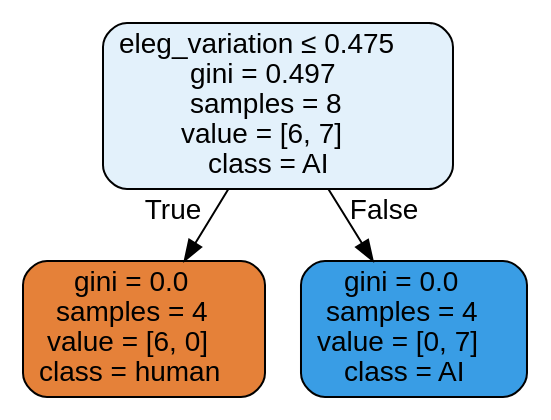
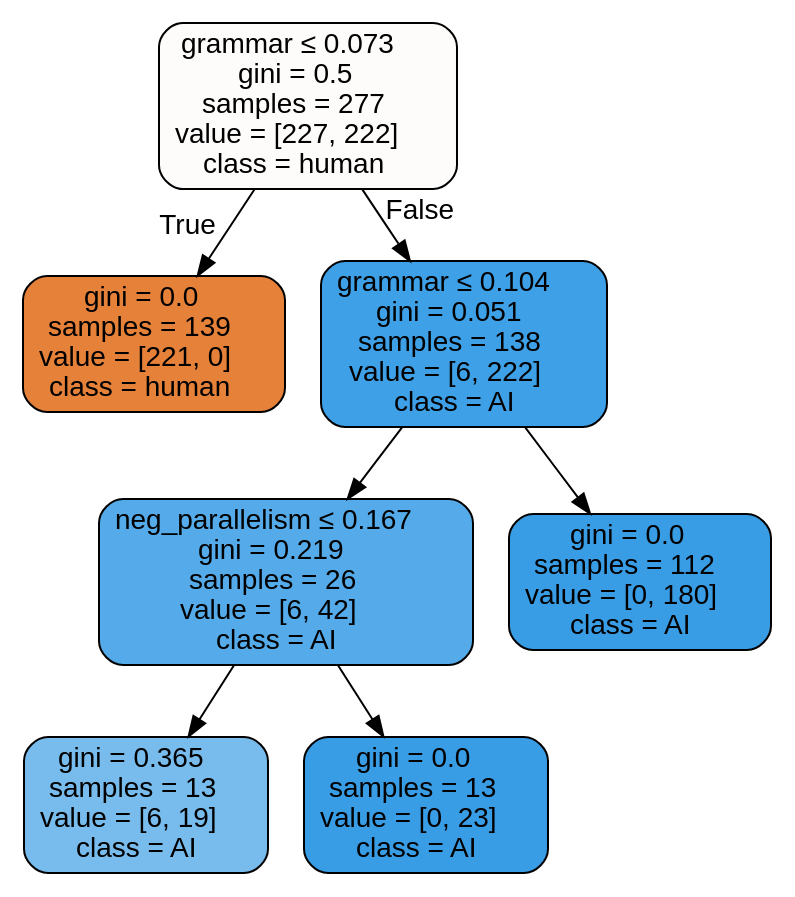
Before and after one commit to Paulpoomrit/LING450_TermProject: the diagram in results/template/yame_wout_template.dot, drawn with Graphviz. The commit also changed 41 other files, not shown here.

```diff
--- a/results/template/yame_wout_template.dot
+++ b/results/template/yame_wout_template.dot
@@ -1,9 +1,17 @@
 digraph Tree {
 node [shape=box, style="filled, rounded", color="black", fontname="helvetica"] ;
 edge [fontname="helvetica"] ;
-0 [label=<eleg_variation &le; 0.475<br/>gini = 0.497<br/>samples = 8<br/>value = [6, 7]<br/>class = AI>, fillcolor="#e3f1fb"] ;
-1 [label=<gini = 0.0<br/>samples = 4<br/>value = [6, 0]<br/>class = human>, fillcolor="#e58139"] ;
+0 [label=<grammar &le; 0.073<br/>gini = 0.5<br/>samples = 277<br/>value = [227, 222]<br/>class = human>, fillcolor="#fefcfb"] ;
+1 [label=<gini = 0.0<br/>samples = 139<br/>value = [221, 0]<br/>class = human>, fillcolor="#e58139"] ;
 0 -> 1 [labeldistance=2.5, labelangle=45, headlabel="True"] ;
-2 [label=<gini = 0.0<br/>samples = 4<br/>value = [0, 7]<br/>class = AI>, fillcolor="#399de5"] ;
+2 [label=<grammar &le; 0.104<br/>gini = 0.051<br/>samples = 138<br/>value = [6, 222]<br/>class = AI>, fillcolor="#3ea0e6"] ;
 0 -> 2 [labeldistance=2.5, labelangle=-45, headlabel="False"] ;
+3 [label=<neg_parallelism &le; 0.167<br/>gini = 0.219<br/>samples = 26<br/>value = [6, 42]<br/>class = AI>, fillcolor="#55abe9"] ;
+2 -> 3 ;
+5 [label=<gini = 0.365<br/>samples = 13<br/>value = [6, 19]<br/>class = AI>, fillcolor="#78bced"] ;
+3 -> 5 ;
+6 [label=<gini = 0.0<br/>samples = 13<br/>value = [0, 23]<br/>class = AI>, fillcolor="#399de5"] ;
+3 -> 6 ;
+4 [label=<gini = 0.0<br/>samples = 112<br/>value = [0, 180]<br/>class = AI>, fillcolor="#399de5"] ;
+2 -> 4 ;
 }
```
